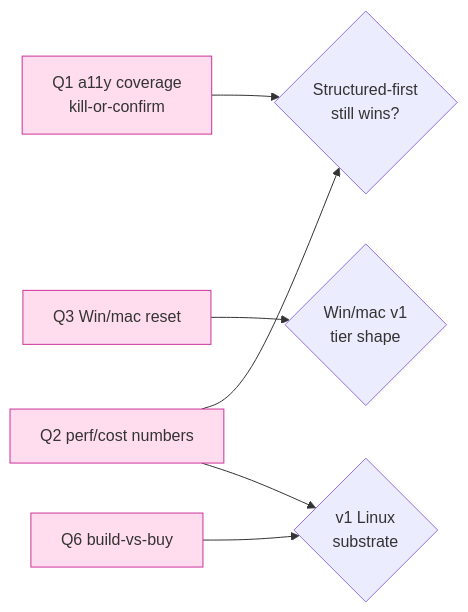
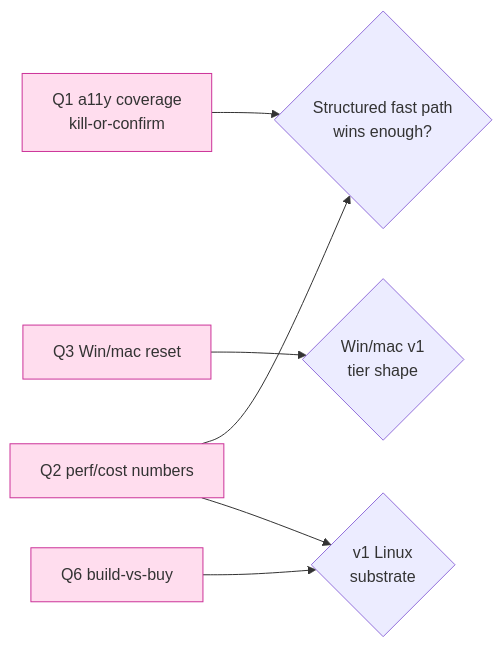
Before and after one commit to Meirtz/Shinken: the diagram in notes/open-questions.md, drawn with Mermaid. The commit also changed other lines of this file and 73 other files, not shown here.

````diff
--- a/notes/open-questions.md
+++ b/notes/open-questions.md
@@ -38,9 +38,9 @@
 ```mermaid
 flowchart LR
-  Q1[Q1 a11y coverage<br/>kill-or-confirm]:::hi --> G1{Structured-first<br/>still wins?}
+  Q1[Q1 a11y coverage<br/>kill-or-confirm]:::hi --> G1{Structured fast path<br/>wins enough?}
   Q3[Q3 Win/mac reset]:::hi --> G3{Win/mac v1<br/>tier shape}
   Q6[Q6 build-vs-buy]:::hi --> G6{v1 Linux<br/>substrate}
   Q2[Q2 perf/cost numbers]:::hi --> G1
   Q2 --> G6
   classDef hi fill:#fde,stroke:#c39;
 ```
````
